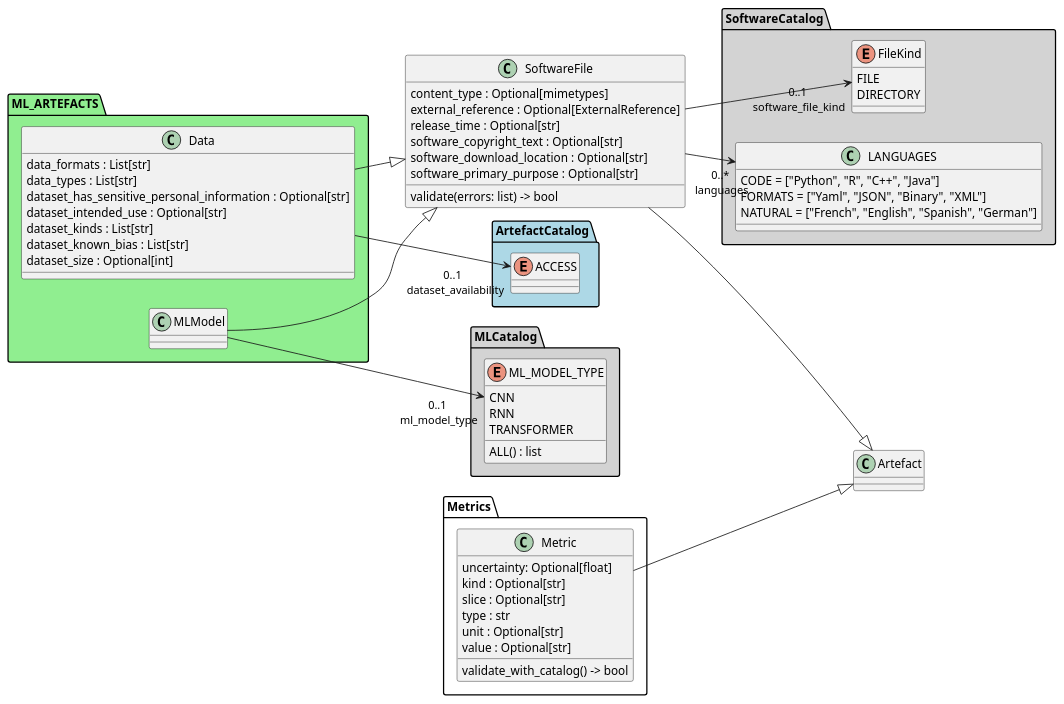
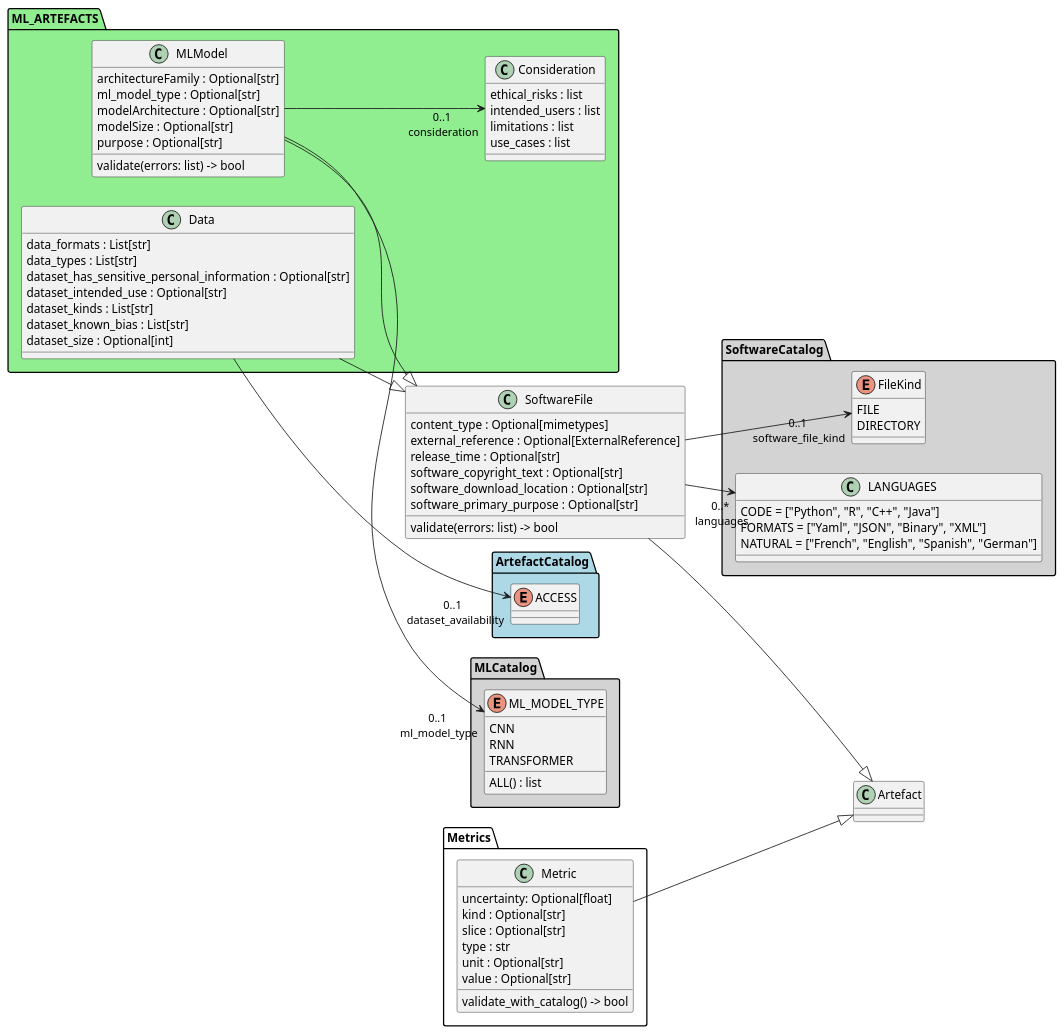
Before and after one commit to MireilleBF/metamodel4manifest: the diagram in docs/plantuml/structure/softwareAndMLArtefacts.plantuml, drawn with PlantUML. The commit also changed 13 other files, not shown here.

Commit message:
docs(uml): refresh use-case/class diagrams and update generated images

```diff
--- a/docs/plantuml/structure/softwareAndMLArtefacts.plantuml
+++ b/docs/plantuml/structure/softwareAndMLArtefacts.plantuml
@@ -1,111 +1,130 @@
 @startuml
 'set namespaceSeparator none
 left to right direction
 'package Core #lavender{
 'class Element
 '}
 
 package "ArtefactCatalog" #lightblue{
  enum "ACCESS" as ACCESS {
  }
 
  }
 
 package SoftwareCatalog #lightgrey{
   enum "FileKind" as FileKind {
      FILE
      DIRECTORY
      }
 
 class LANGUAGES{
         CODE = ["Python", "R", "C++", "Java"]
         FORMATS = ["Yaml", "JSON", "Binary", "XML"]
         NATURAL = ["French", "English", "Spanish", "German"]
 }
 }
 
 'package Artefacts #lightblue{
 
 class "Artefact" as Artefact {
 '  access : Optional[str]
 '  category : Optional[str]
  ' license : Optional[str]
 '  type : str
  ' validate(errors: Optional[list]) -> bool
 }
 'Artefact --|> Element
 'Artefact --> "0..1\n access" ACCESS
 'Artefact --> "0..1\n category" CATEGORIES
 
 
 class "SoftwareFile" as SoftwareFile {
   content_type : Optional[mimetypes]
   external_reference : Optional[ExternalReference]
 '  languages : List[str]
   release_time : Optional[str]
   software_copyright_text : Optional[str]
   software_download_location : Optional[str]
 '  software_file_kind
   software_primary_purpose : Optional[str]
 '  type : str
   validate(errors: list) -> bool
 }
 
 SoftwareFile --|> Artefact
 SoftwareFile --> "0..1\n software_file_kind" FileKind
 'SoftwareFile --> "0..1\n externalReference" ExternalReference
 SoftwareFile --> "0..*\n languages" LANGUAGES
 
 '}
 
 package MLCatalog #lightgrey{
 
  enum "ML_MODEL_TYPE" as ML_MODEL_TYPE {
    ALL() : list
    CNN
    RNN
    TRANSFORMER
  }
  }
 
 package ML_ARTEFACTS #lightgreen{
 
 class "Data" as Data {
   data_formats : List[str]
   data_types : List[str]
 '  dataset_availability : Optional[str]
   dataset_has_sensitive_personal_information : Optional[str]
   dataset_intended_use : Optional[str]
   dataset_kinds : List[str]
   dataset_known_bias : List[str]
   dataset_size : Optional[int]
 '  type : str
 '  validate(errors: list) -> bool
 }
 Data --|> SoftwareFile
 Data --> "0..1 \n dataset_availability" ACCESS
 
 
 class "MLModel" as MLModel {
 '  ml_model_type : Optional[str]
 '  type : str
 '  validate(errors: list) -> bool
+  architectureFamily : Optional[str]
+  'consideration : Optional[Consideration]
+  ml_model_type : Optional[str]
+  modelArchitecture : Optional[str]
+  modelSize : Optional[str]
+  purpose : Optional[str]
+  'type : str
+  validate(errors: list) -> bool
 }
+MLModel --> "0..1\n consideration" Consideration
 MLModel --|> SoftwareFile
 MLModel --> "0..1\n ml_model_type" ML_MODEL_TYPE
+
+class "Consideration" as Consideration {
+  ethical_risks : list
+  intended_users : list
+  limitations : list
+  'type : Optional[str]
+  'uid : str
+  use_cases : list
 }
+}
+
 package Metrics{
 class "Metric" as Metric {
   'category : Optional[str]
   uncertainty: Optional[float]
   kind : Optional[str]
   slice : Optional[str]
   type : str
   unit : Optional[str]
   value : Optional[str]
   validate_with_catalog() -> bool
 }
 }
 Metric --|> Artefact
 
 @enduml
```
